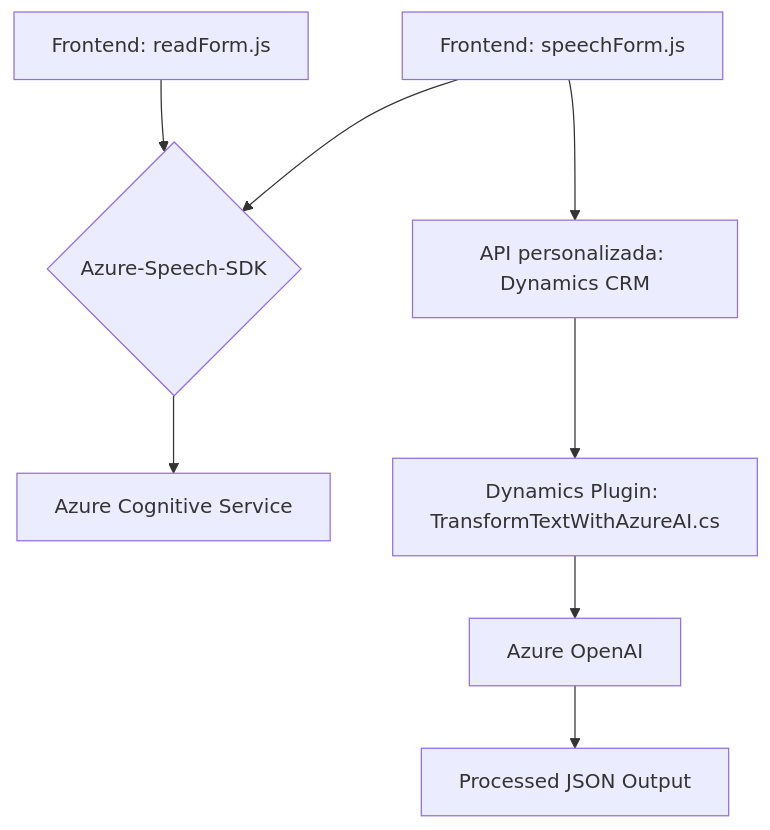
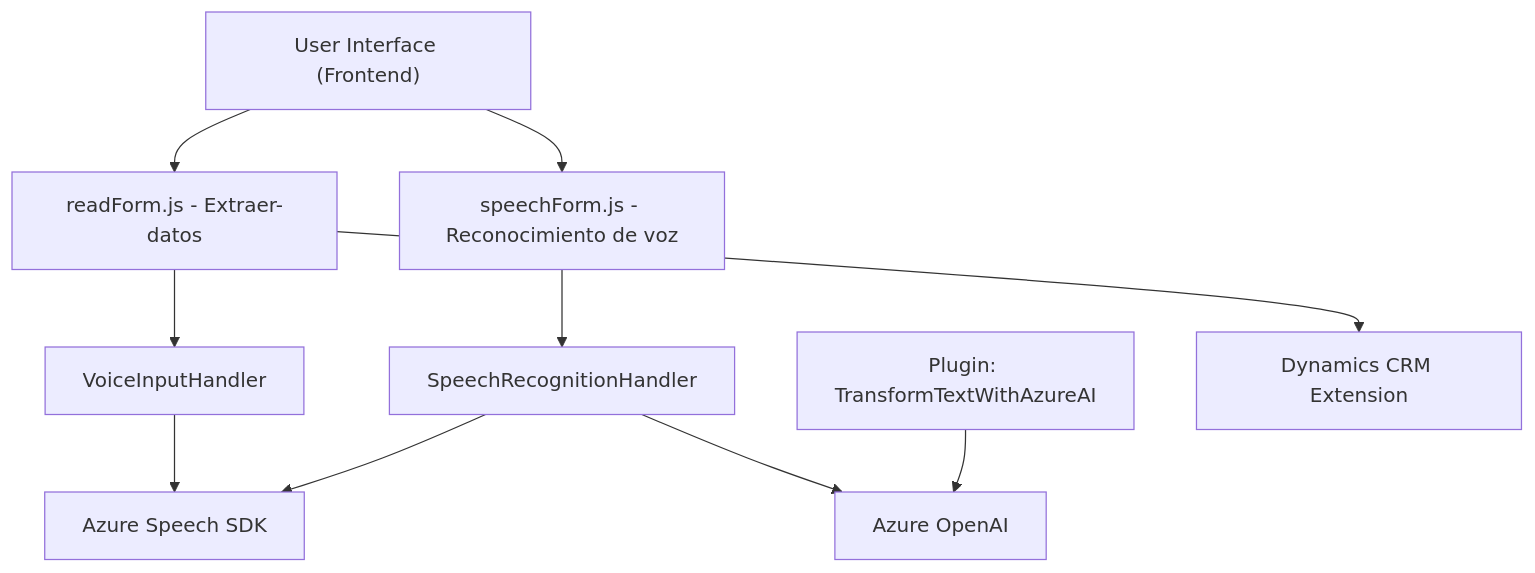
One commit to blopezdm/NETCORE_BILBAO2025 changed the diagram in README.md. Above: the diagram before and after it, drawn with Mermaid. The commit also changed other lines of this file, not shown here.

````diff
--- a/README.md
+++ b/README.md
@@ -35,10 +47,24 @@
 ```mermaid
 graph TD
-    A["Frontend: readForm.js"] --> B{Azure-Speech-SDK}
-    C["Frontend: speechForm.js"] --> B
-    B --> D["Azure Cognitive Service"]
-    C --> E["API personalizada: Dynamics CRM"]
-    E --> G["Dynamics Plugin: TransformTextWithAzureAI.cs"]
-    G --> F["Azure OpenAI"]
-    F --> H["Processed JSON Output"]
+  A["User Interface (Frontend)"]
+  B["readForm.js - Extraer-datos"]
+  C["speechForm.js - Reconocimiento de voz"]
+  D["VoiceInputHandler"]
+  E["SpeechRecognitionHandler"]
+
+  F["Plugin: TransformTextWithAzureAI"]
+  G["Dynamics CRM Extension"]
+  H["Azure OpenAI"]
+
+  I["Azure Speech SDK"]
+
+  A --> B
+  A --> C
+  B --> D
+  C --> E
+  D --> I
+  E --> I
+  E --> H
+  B --> G
+  F --> H
 ```
````
